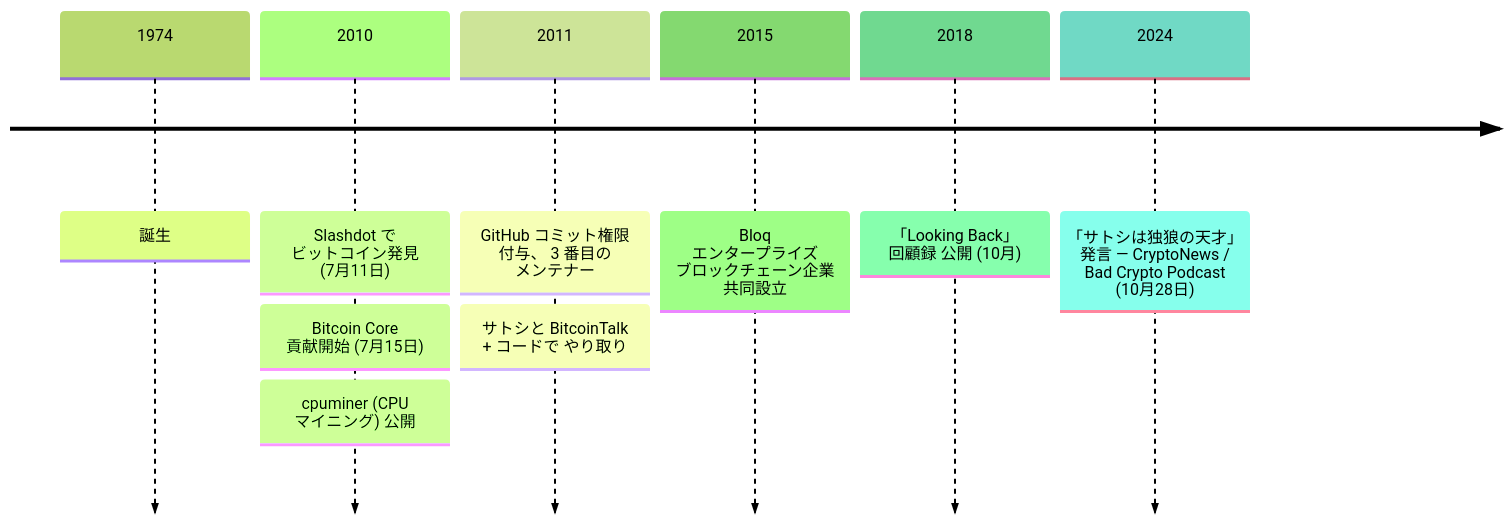
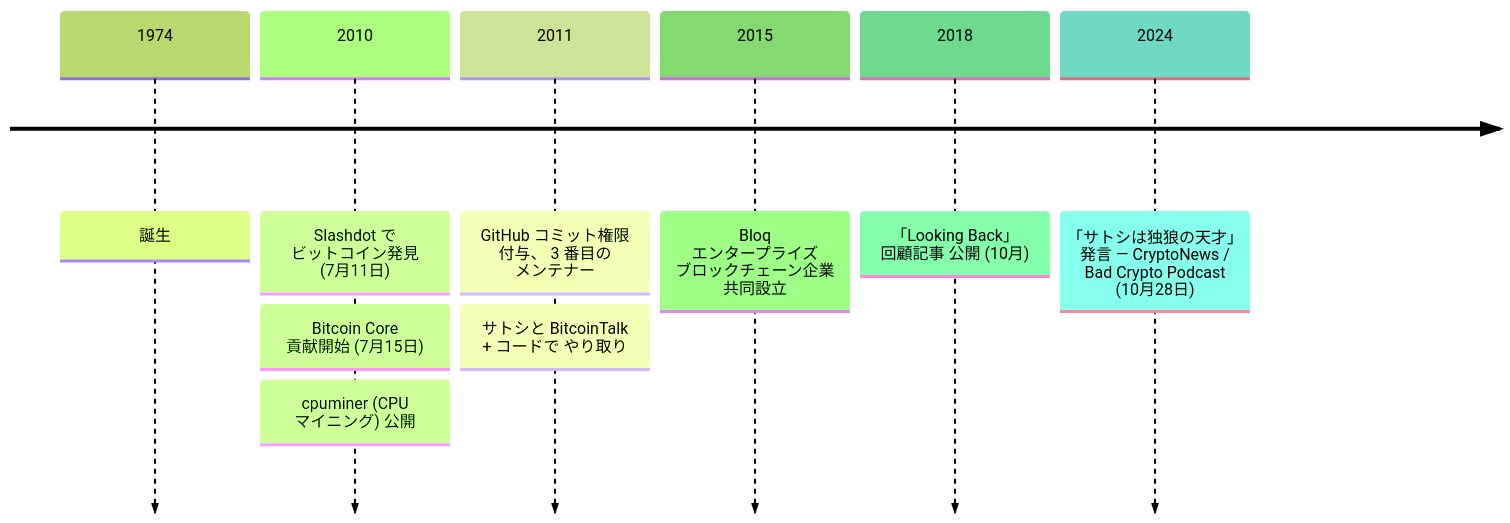
One commit to cypher256/BitcoinArchive changed the diagram in src/data/translations/ja/aftermath/2010-07-15-jeff-garzik-biography.md. Above: the diagram before and after it, drawn with Mermaid (forest theme). The commit also changed 3 other files, not shown here.

````diff
--- a/src/data/translations/ja/aftermath/2010-07-15-jeff-garzik-biography.md
+++ b/src/data/translations/ja/aftermath/2010-07-15-jeff-garzik-biography.md
@@ -46,15 +46,15 @@
 ```mermaid
 timeline
     1974 : 誕生
     2010 : Slashdot で ビットコイン発見 (7月11日)
     %% link: /BitcoinArchive/ja/entries/aftermath/2010-07-11-slashdot-bitcoin-article/
          : Bitcoin Core 貢献開始 (7月15日)
          : cpuminer (CPU マイニング) 公開
     2011 : GitHub コミット権限 付与、 3 番目の メンテナー
          : サトシと BitcoinTalk + コードで やり取り
     2015 : Bloq エンタープライズ ブロックチェーン企業 共同設立
-    2018 : 「Looking Back」 回顧録 公開 (10月)
+    2018 : 「Looking Back」 回顧記事 公開 (10月)
     %% link: /BitcoinArchive/ja/entries/aftermath/2018-10-29-jeff-garzik-retrospective/
     2024 : 「サトシは独狼の天才」 発言 — CryptoNews / Bad Crypto Podcast (10月28日)
     %% link: /BitcoinArchive/ja/entries/aftermath/2024-10-28-jeff-garzik-satoshi-lone-genius/
 ```
````
